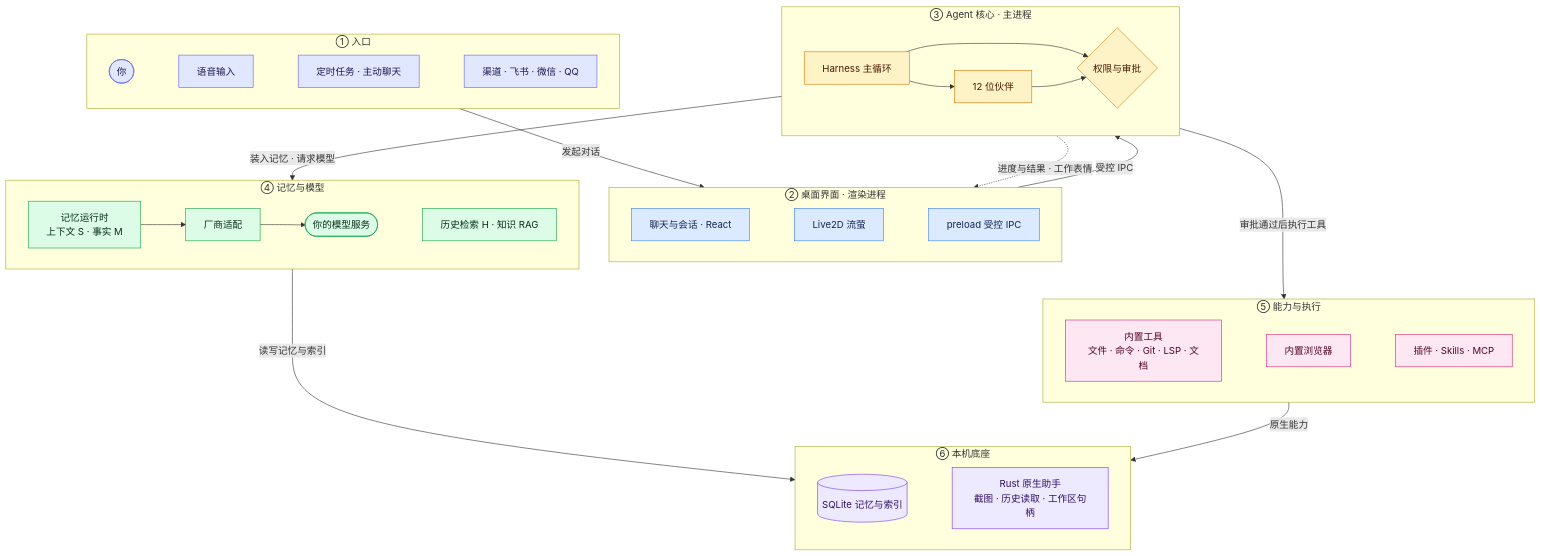
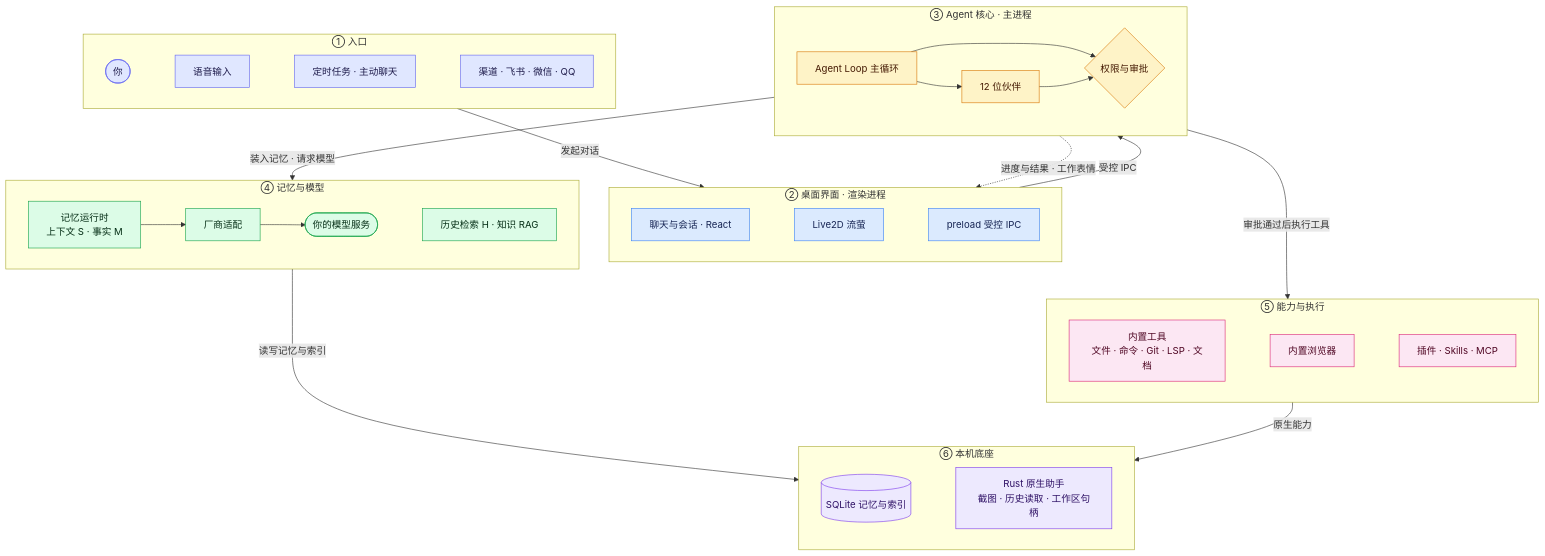
Before and after one commit to Firefly-0423/Firefly-Agent: the diagram in README.md, drawn with Mermaid. The commit also changed other lines of this file and 95 other files, not shown here.

First line of the commit message:
refactor(agent): rename the harness loop to the agent loop

````diff
--- a/README.md
+++ b/README.md
@@ -138,70 +138,70 @@
 ```mermaid
 flowchart TB
   subgraph L1["① 入口"]
     direction LR
     user(["你"])
     voice["语音输入"]
     timers["定时任务 · 主动聊天"]
     channels["渠道 · 飞书 · 微信 · QQ"]
     user ~~~ voice ~~~ timers ~~~ channels
   end
   subgraph L2["② 桌面界面 · 渲染进程"]
     direction LR
     ui["聊天与会话 · React"]
     live2d["Live2D 流萤"]
     ipc["preload 受控 IPC"]
     ui ~~~ live2d ~~~ ipc
   end
   subgraph L3["③ Agent 核心 · 主进程"]
     direction LR
-    harness["Harness 主循环"]
+    harness["Agent Loop 主循环"]
     partners["12 位伙伴"]
     perm{"权限与审批"}
     harness --> partners
     harness --> perm
     partners --> perm
   end
   subgraph L4["④ 记忆与模型"]
     direction LR
     context["记忆运行时<br/>上下文 S · 事实 M"]
     vendors["厂商适配"]
     models(["你的模型服务"])
     recall["历史检索 H · 知识 RAG"]
     context --> vendors --> models ~~~ recall
   end
   subgraph L5["⑤ 能力与执行"]
     direction LR
     tools["内置工具<br/>文件 · 命令 · Git · LSP · 文档"]
     browser["内置浏览器"]
     extensions["插件 · Skills · MCP"]
     tools ~~~ browser ~~~ extensions
   end
   subgraph L6["⑥ 本机底座"]
     direction LR
     store[("SQLite 记忆与索引")]
     native["Rust 原生助手<br/>截图 · 历史读取 · 工作区句柄"]
     store ~~~ native
   end
 
   L1 -- "发起对话" --> L2
   L2 -- "受控 IPC" --> L3
   L3 -- "装入记忆 · 请求模型" --> L4
   L3 -- "审批通过后执行工具" --> L5
   L4 ~~~ L5
   L4 -- "读写记忆与索引" --> L6
   L5 -- "原生能力" --> L6
   L3 -. "进度与结果 · 工作表情" .-> L2
 
   classDef entry fill:#e0e7ff,stroke:#6366f1,color:#1e1b4b
   classDef face fill:#dbeafe,stroke:#3b82f6,color:#172554
   classDef core fill:#fef3c7,stroke:#d97706,color:#451a03
   classDef mind fill:#dcfce7,stroke:#16a34a,color:#052e16
   classDef act fill:#fce7f3,stroke:#db2777,color:#500724
   classDef base fill:#ede9fe,stroke:#7c3aed,color:#2e1065
   class user,voice,timers,channels entry
   class ui,live2d,ipc face
   class harness,partners,perm core
   class context,recall,vendors,models mind
   class tools,browser,extensions act
   class store,native base
 ```
````
